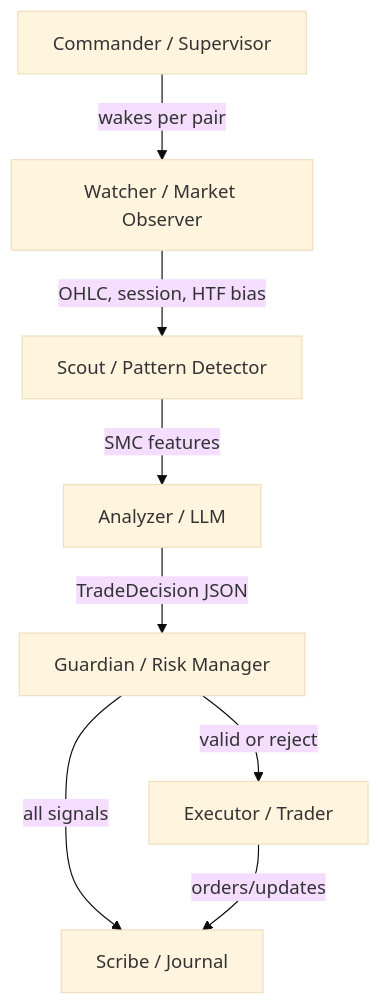
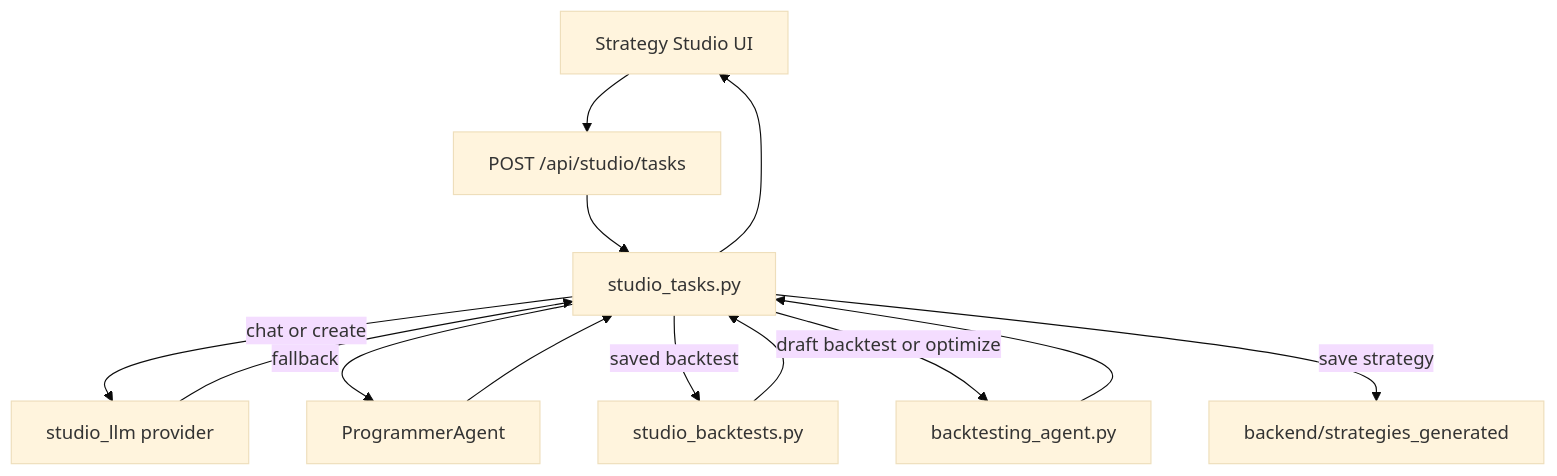
The second of 3 diagrams in ARCHITECTURE.md (maghdam/GenAI-MultiAgent-TradingSystem), drawn with Mermaid (base theme) before and after one commit. The commit also changed other lines of this file and 15 other files, not shown here.

````diff
--- a/ARCHITECTURE.md
+++ b/ARCHITECTURE.md
@@ -63,18 +169,15 @@
 ```mermaid
 graph TD
-  C[Commander / Supervisor]
-  W[Watcher / Market Observer]
-  S[Scout / Pattern Detector]
-  A[Analyzer / LLM]
-  G[Guardian / Risk Manager]
-  E[Executor / Trader]
-  R[Scribe / Journal]
-
-  C -->|wakes per pair| W
-  W -->|OHLC, session, HTF bias| S
-  S -->|SMC features| A
-  A -->|TradeDecision JSON| G
-  G -->|valid or reject| E
-  G -->|all signals| R
-  E -->|orders/updates| R
+  UI[Strategy Studio UI] --> API[POST /api/studio/tasks]
+  API --> ROUTER[studio_tasks.py]
+  ROUTER -->|chat or create| LLM[studio_llm provider]
+  ROUTER -->|fallback| PA[ProgrammerAgent]
+  ROUTER -->|saved backtest| SBA[studio_backtests.py]
+  ROUTER -->|draft backtest or optimize| BA[backtesting_agent.py]
+  ROUTER -->|save strategy| FS[backend/strategies_generated]
+  LLM --> ROUTER
+  PA --> ROUTER
+  SBA --> ROUTER
+  BA --> ROUTER
+  ROUTER --> UI
 ```
````
